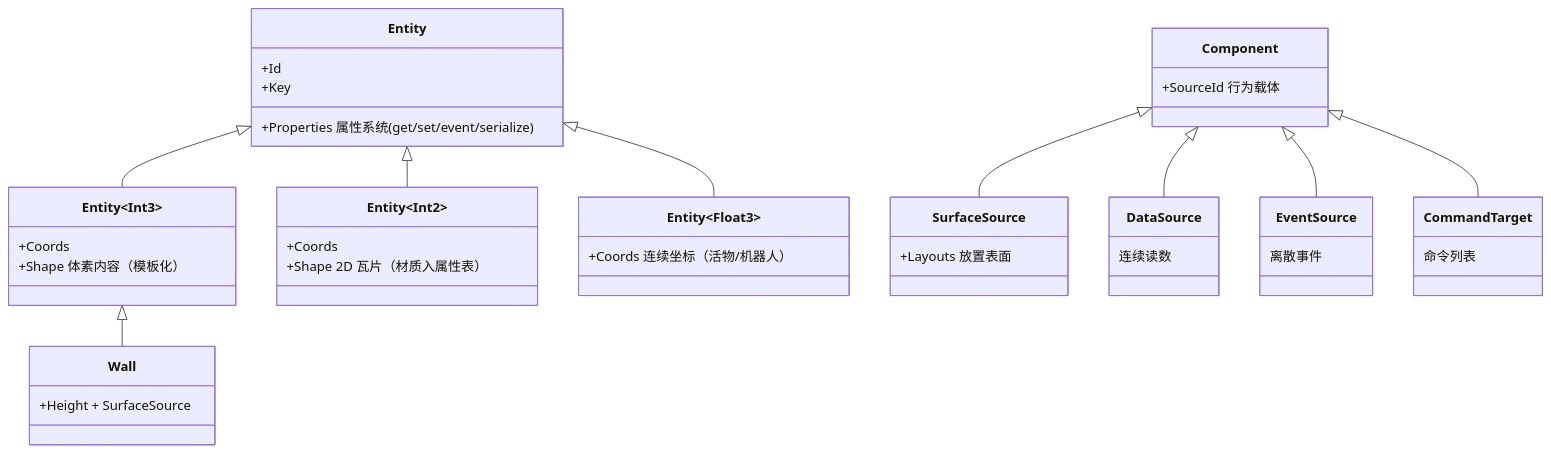
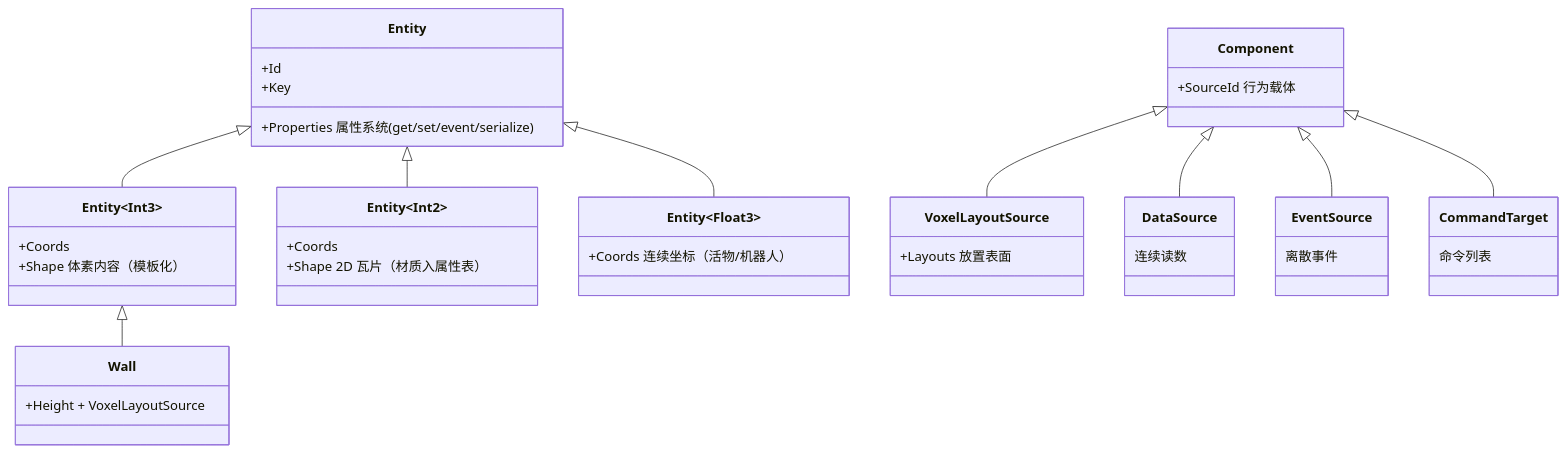
One commit to momoka-ai/momoka changed the first of 6 diagrams in Documentation/DESIGN_HOME.md. Above: the diagram before and after it, drawn with Mermaid. The commit also changed other lines of this file and 15 other files, not shown here.

Commit message:
[Home]: Refactor; IEntitySource 容器接口（Level/Home 脱离 Entity，IComponentSource 补默认实现）+ VoxelLayoutSource 更名 + 删 IRefreshableSurfaces

````diff
--- a/Documentation/DESIGN_HOME.md
+++ b/Documentation/DESIGN_HOME.md
@@ -38,48 +38,48 @@
 ```mermaid
 classDiagram
     direction TB
 
     class Entity {
         +Id
         +Key
         +Properties 属性系统(get/set/event/serialize)
     }
     class EntityInt3["Entity&lt;Int3&gt;"] {
         +Coords
         +Shape 体素内容（模板化）
     }
     class EntityInt2["Entity&lt;Int2&gt;"] {
         +Coords
         +Shape 2D 瓦片（材质入属性表）
     }
     class EntityFloat3["Entity&lt;Float3&gt;"] {
         +Coords 连续坐标（活物/机器人）
     }
     class Wall {
-        +Height + SurfaceSource
+        +Height + VoxelLayoutSource
     }
     class Component {
         +SourceId 行为载体
     }
-    class SurfaceSource {
+    class VoxelLayoutSource {
         +Layouts 放置表面
     }
     class DataSource {
         连续读数
     }
     class EventSource {
         离散事件
     }
     class CommandTarget {
         命令列表
     }
 
     Entity <|-- EntityInt2
     Entity <|-- EntityInt3
     Entity <|-- EntityFloat3
     EntityInt3 <|-- Wall
-    Component <|-- SurfaceSource
+    Component <|-- VoxelLayoutSource
     Component <|-- DataSource
     Component <|-- EventSource
     Component <|-- CommandTarget
 ```
````
